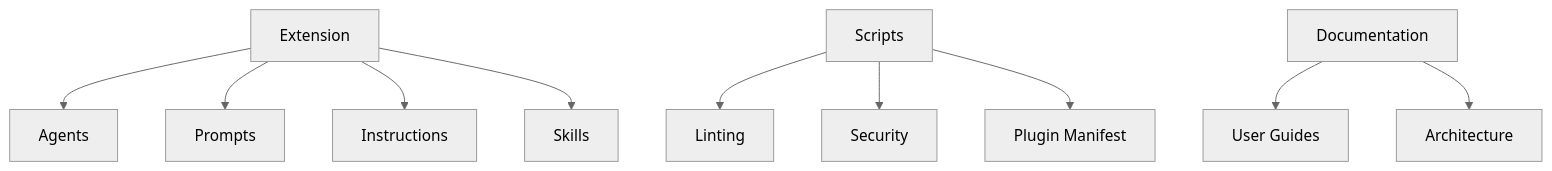
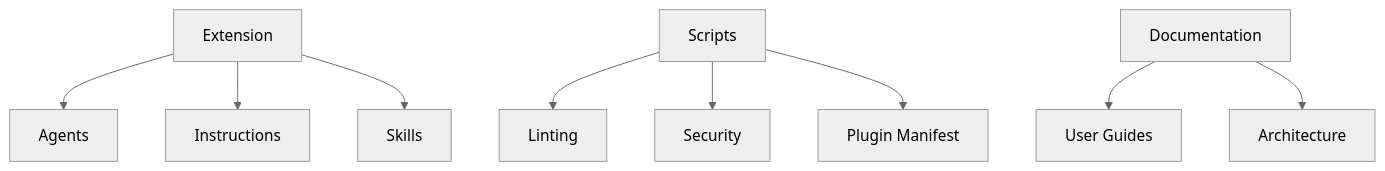
Before and after one commit to microsoft/hve-core: the diagram in docs/architecture/README.md, drawn with Mermaid (neutral theme). The commit also changed other lines of this file and 17 other files, not shown here.

First line of the commit message:
docs: describe shipped agents, instructions, and skills

````diff
--- a/docs/architecture/README.md
+++ b/docs/architecture/README.md
@@ -24,14 +24,13 @@
 ```mermaid
 graph TD
     accTitle: HVE Core System Component Architecture
-    accDescr: The extension connects to agents and prompts, scripts provide linting, security, and plugin tooling, and documentation organizes guides and architecture references.
+    accDescr: The extension connects to agents, instructions, and skills, scripts provide linting, security, and plugin tooling, and documentation organizes guides and architecture references.
     EXT[Extension] --> AGENTS[Agents]
-    EXT --> PROMPTS[Prompts]
     EXT --> INSTRUCTIONS[Instructions]
     EXT --> SKILLS[Skills]
     SCRIPTS[Scripts] --> LINTING[Linting]
     SCRIPTS --> SECURITY[Security]
     SCRIPTS --> MANIFEST[Plugin Manifest]
     DOCS[Documentation] --> GUIDES[User Guides]
     DOCS --> ARCH[Architecture]
 ```
````
